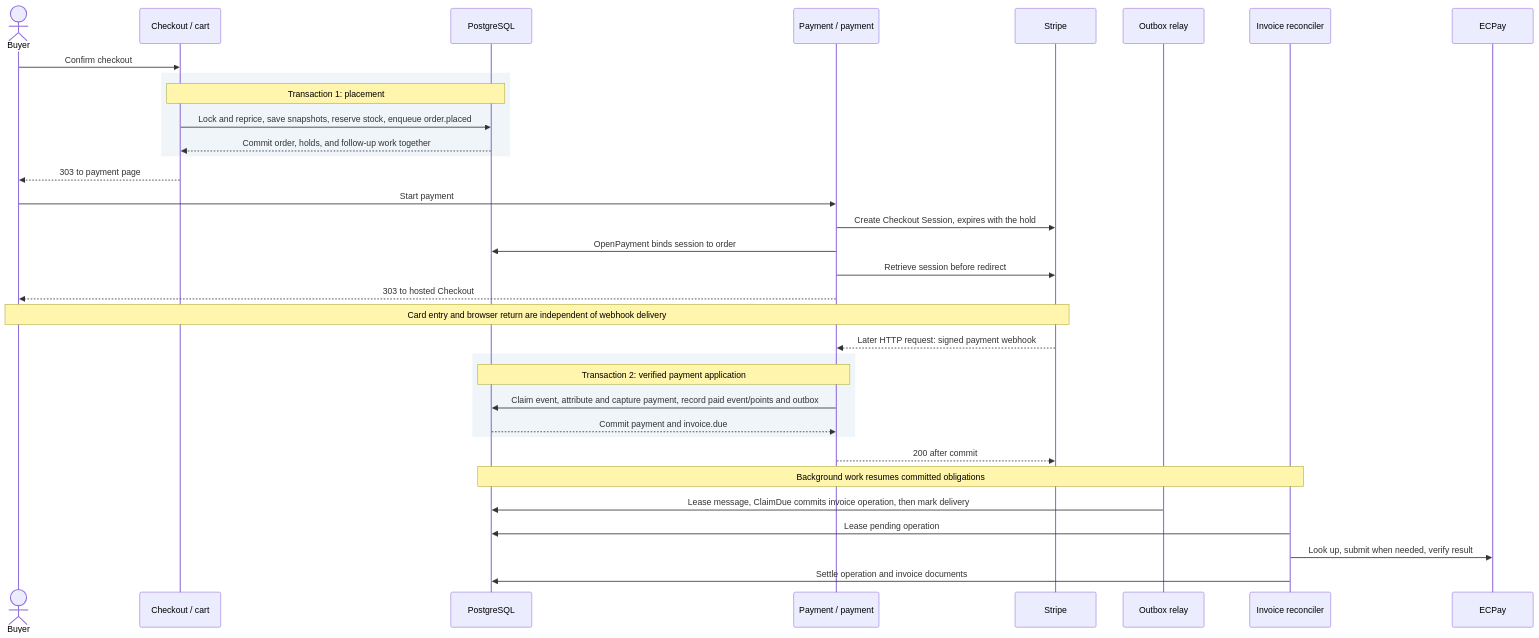
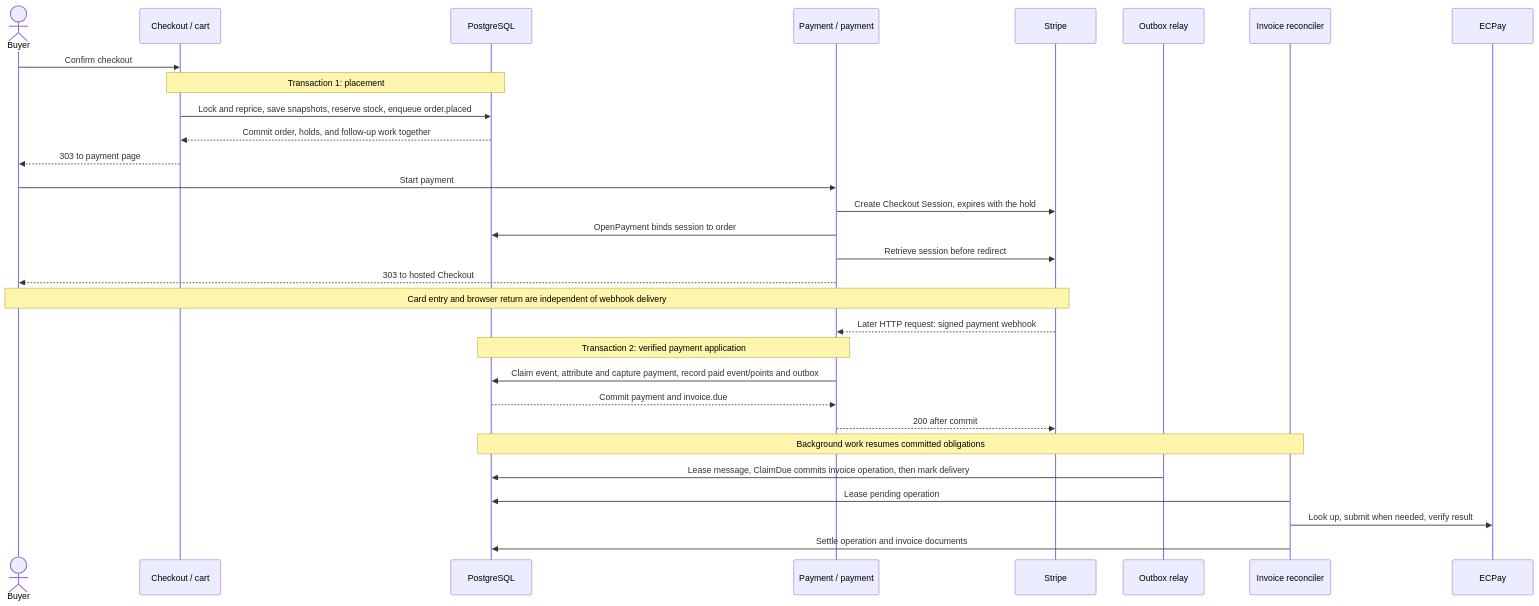
The third of 8 diagrams in ARCHITECTURE.md (Koopa0/goen), drawn with Mermaid before and after one commit. The commit also changed other lines of this file, not shown here.

Commit message:
docs: clarify invoice and payment recovery ownership

````diff
--- a/ARCHITECTURE.md
+++ b/ARCHITECTURE.md
@@ -85,36 +86,32 @@
 ```mermaid
 sequenceDiagram
     actor Buyer
     participant Checkout as Checkout / cart
     participant DB as PostgreSQL
     participant Payment as Payment / payment
     participant Stripe
     participant Outbox as Outbox relay
     participant Invoice as Invoice reconciler
     participant ECPay
     Buyer->>Checkout: Confirm checkout
-    rect rgb(240,245,250)
-        Note over Checkout,DB: Transaction 1: placement
-        Checkout->>DB: Lock and reprice, save snapshots, reserve stock, enqueue order.placed
-        DB-->>Checkout: Commit order, holds, and follow-up work together
-    end
+    Note over Checkout,DB: Transaction 1: placement
+    Checkout->>DB: Lock and reprice, save snapshots, reserve stock, enqueue order.placed
+    DB-->>Checkout: Commit order, holds, and follow-up work together
     Checkout-->>Buyer: 303 to payment page
     Buyer->>Payment: Start payment
     Payment->>Stripe: Create Checkout Session, expires with the hold
     Payment->>DB: OpenPayment binds session to order
     Payment->>Stripe: Retrieve session before redirect
     Payment-->>Buyer: 303 to hosted Checkout
     Note over Buyer,Stripe: Card entry and browser return are independent of webhook delivery
     Stripe-->>Payment: Later HTTP request: signed payment webhook
-    rect rgb(240,245,250)
-        Note over Payment,DB: Transaction 2: verified payment application
-        Payment->>DB: Claim event, attribute and capture payment, record paid event/points and outbox
-        DB-->>Payment: Commit payment and invoice.due
-    end
+    Note over Payment,DB: Transaction 2: verified payment application
+    Payment->>DB: Claim event, attribute and capture payment, record paid event/points and outbox
+    DB-->>Payment: Commit payment and invoice.due
     Payment-->>Stripe: 200 after commit
     Note over DB,Invoice: Background work resumes committed obligations
     Outbox->>DB: Lease message, ClaimDue commits invoice operation, then mark delivery
     Invoice->>DB: Lease pending operation
     Invoice->>ECPay: Look up, submit when needed, verify result
     Invoice->>DB: Settle operation and invoice documents
 ```
````
